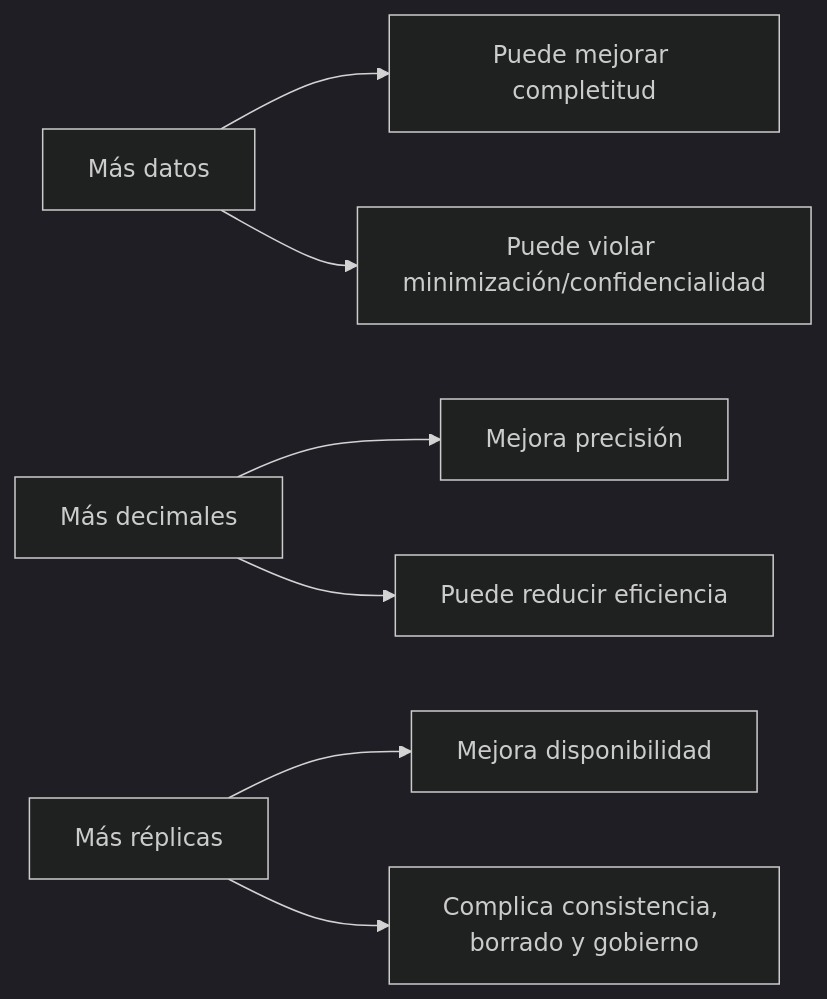
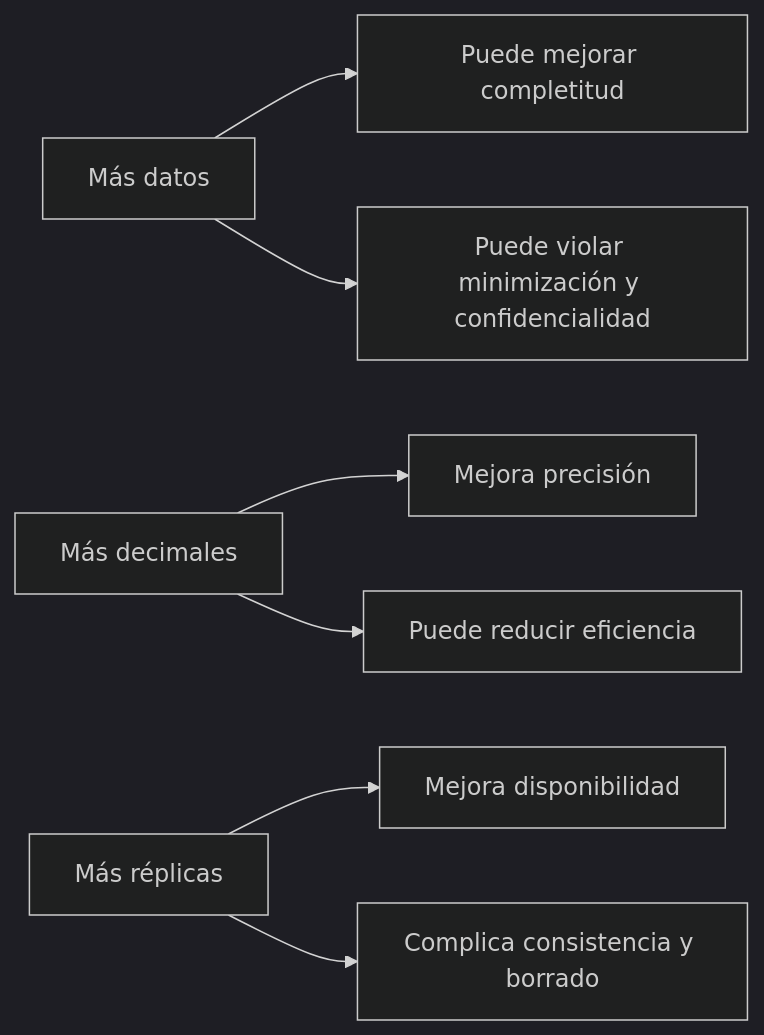
Before and after one commit to unlam-informatica/unlam-informatica.github.io: the diagram in src/content/docs/bbdd-aplicadas/unidad-6/teoria/iso-25012.md, drawn with Mermaid (dark theme). The commit also changed other lines of this file and 100 other files, not shown here.

````diff
--- a/src/content/docs/bbdd-aplicadas/unidad-6/teoria/iso-25012.md
+++ b/src/content/docs/bbdd-aplicadas/unidad-6/teoria/iso-25012.md
@@ -96,9 +60,9 @@
 ```mermaid
 flowchart LR
     M[Más datos] --> C1[Puede mejorar completitud]
-    M --> C2[Puede violar minimización/confidencialidad]
+    M --> C2[Puede violar minimización y confidencialidad]
     D[Más decimales] --> P[Mejora precisión]
     D --> E[Puede reducir eficiencia]
     R[Más réplicas] --> A[Mejora disponibilidad]
-    R --> G[Complica consistencia, borrado y gobierno]
+    R --> G[Complica consistencia y borrado]
 ```
````
